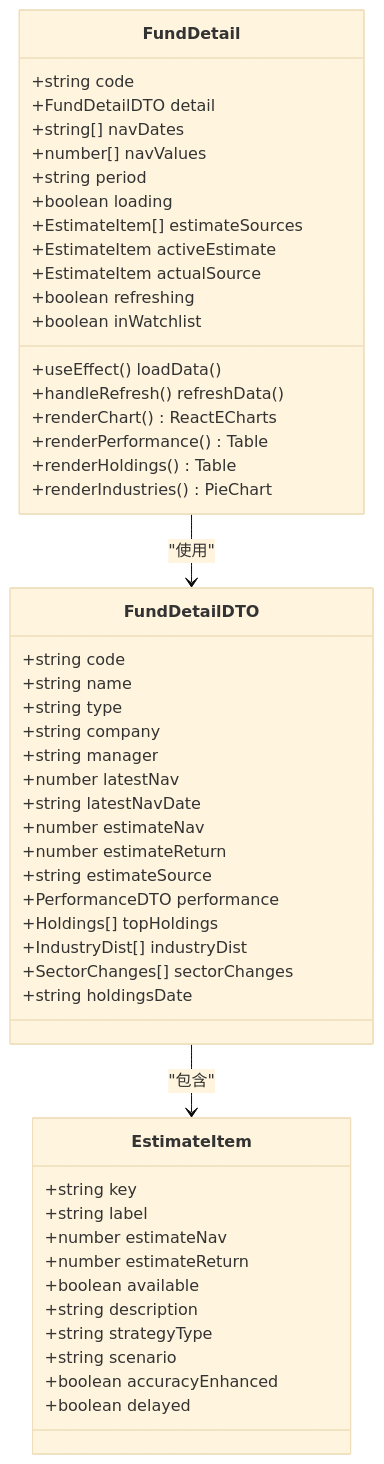
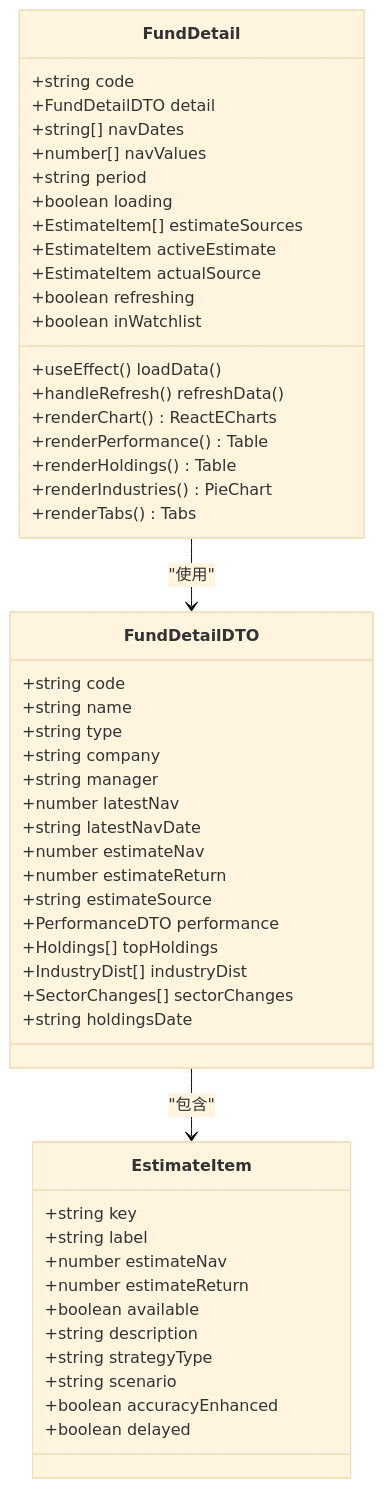
The eighth of 14 diagrams in .qoder/repowiki/zh/content/Fund Detail Enhancement.md (gree-coder/fund-butler), drawn with Mermaid (base theme) before and after one commit. The commit also changed other lines of this file and 22 other files, not shown here.

````diff
--- a/.qoder/repowiki/zh/content/Fund Detail Enhancement.md
+++ b/.qoder/repowiki/zh/content/Fund Detail Enhancement.md
@@ -381,53 +440,54 @@
 ```mermaid
 classDiagram
 class FundDetail {
 +string code
 +FundDetailDTO detail
 +string[] navDates
 +number[] navValues
 +string period
 +boolean loading
 +EstimateItem[] estimateSources
 +EstimateItem activeEstimate
 +EstimateItem actualSource
 +boolean refreshing
 +boolean inWatchlist
 +useEffect() loadData()
 +handleRefresh() refreshData()
 +renderChart() ReactECharts
 +renderPerformance() Table
 +renderHoldings() Table
 +renderIndustries() PieChart
++renderTabs() Tabs
 }
 class FundDetailDTO {
 +string code
 +string name
 +string type
 +string company
 +string manager
 +number latestNav
 +string latestNavDate
 +number estimateNav
 +number estimateReturn
 +string estimateSource
 +PerformanceDTO performance
 +Holdings[] topHoldings
 +IndustryDist[] industryDist
 +SectorChanges[] sectorChanges
 +string holdingsDate
 }
 class EstimateItem {
 +string key
 +string label
 +number estimateNav
 +number estimateReturn
 +boolean available
 +string description
 +string strategyType
 +string scenario
 +boolean accuracyEnhanced
 +boolean delayed
 }
 FundDetail --> FundDetailDTO : "使用"
 FundDetailDTO --> EstimateItem : "包含"
 ```
````
